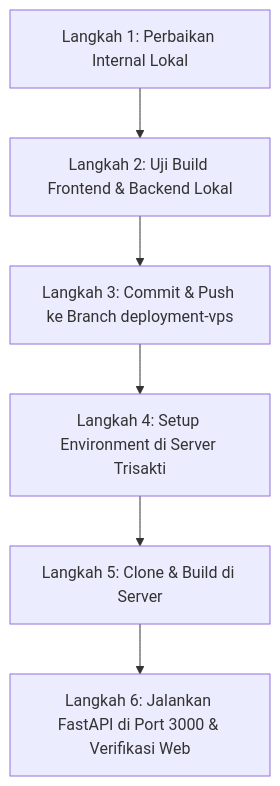
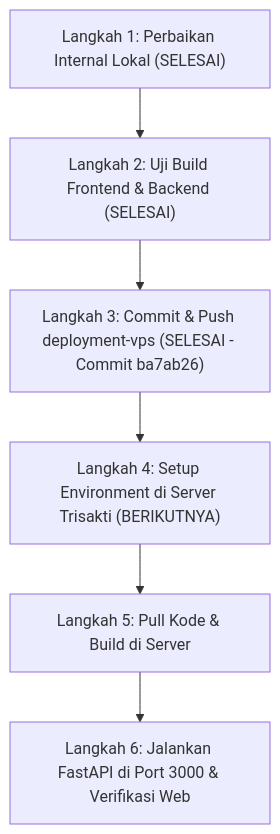
Before and after one commit to Noaaaaaw/Graphelp: the diagram in DEPLOYMENT_PLAN.md, drawn with Mermaid. The commit also changed other lines of this file and 1 other file, not shown here.

Commit message:
docs: sinkronisasi COMMANDS.md dan DEPLOYMENT_PLAN.md dengan hasil penyesuaian internal dan spesifikasi server Trisakti

````diff
--- a/DEPLOYMENT_PLAN.md
+++ b/DEPLOYMENT_PLAN.md
@@ -99,8 +49,8 @@
 ```mermaid
 flowchart TD
-    A[Langkah 1: Perbaikan Internal Lokal] --> B[Langkah 2: Uji Build Frontend & Backend Lokal]
-    B --> C[Langkah 3: Commit & Push ke Branch deployment-vps]
-    C --> D[Langkah 4: Setup Environment di Server Trisakti]
-    D --> E[Langkah 5: Clone & Build di Server]
-    E --> F[Langkah 6: Jalankan FastAPI di Port 3000 & Verifikasi Web]
+    A["Langkah 1: Perbaikan Internal Lokal (SELESAI)"] --> B["Langkah 2: Uji Build Frontend & Backend (SELESAI)"]
+    B --> C["Langkah 3: Commit & Push deployment-vps (SELESAI - Commit ba7ab26)"]
+    C --> D["Langkah 4: Setup Environment di Server Trisakti (BERIKUTNYA)"]
+    D --> E["Langkah 5: Pull Kode & Build di Server"]
+    E --> F["Langkah 6: Jalankan FastAPI di Port 3000 & Verifikasi Web"]
 ```
````
